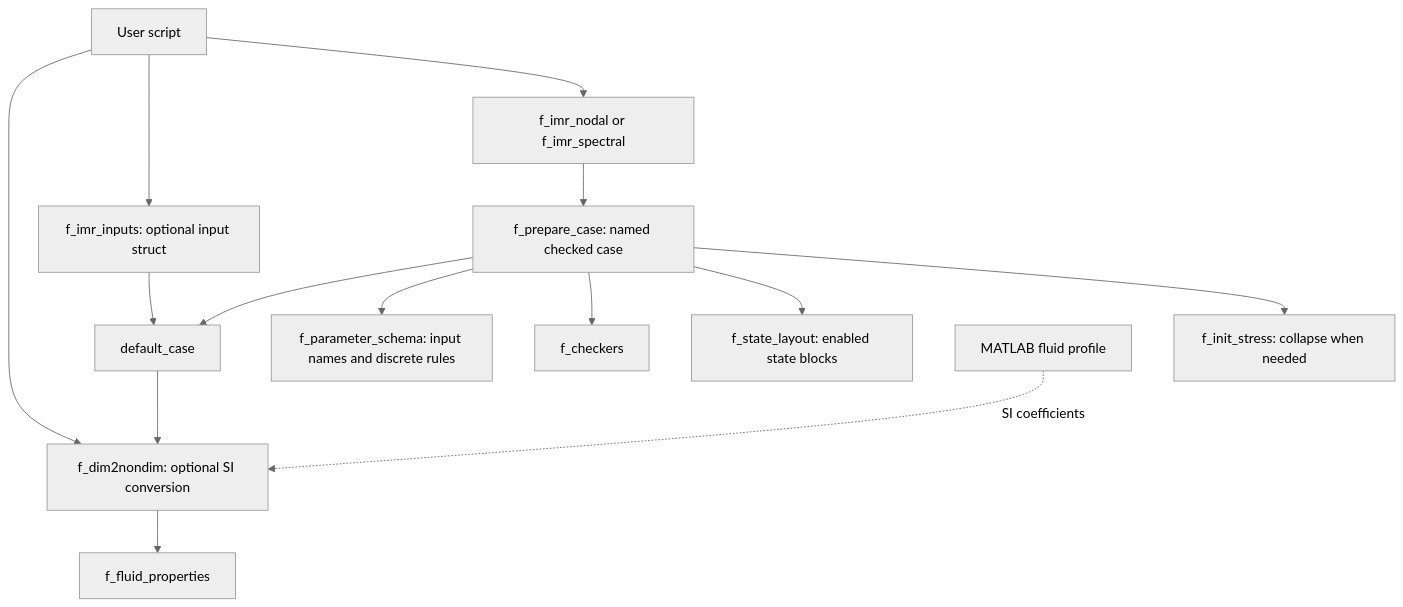
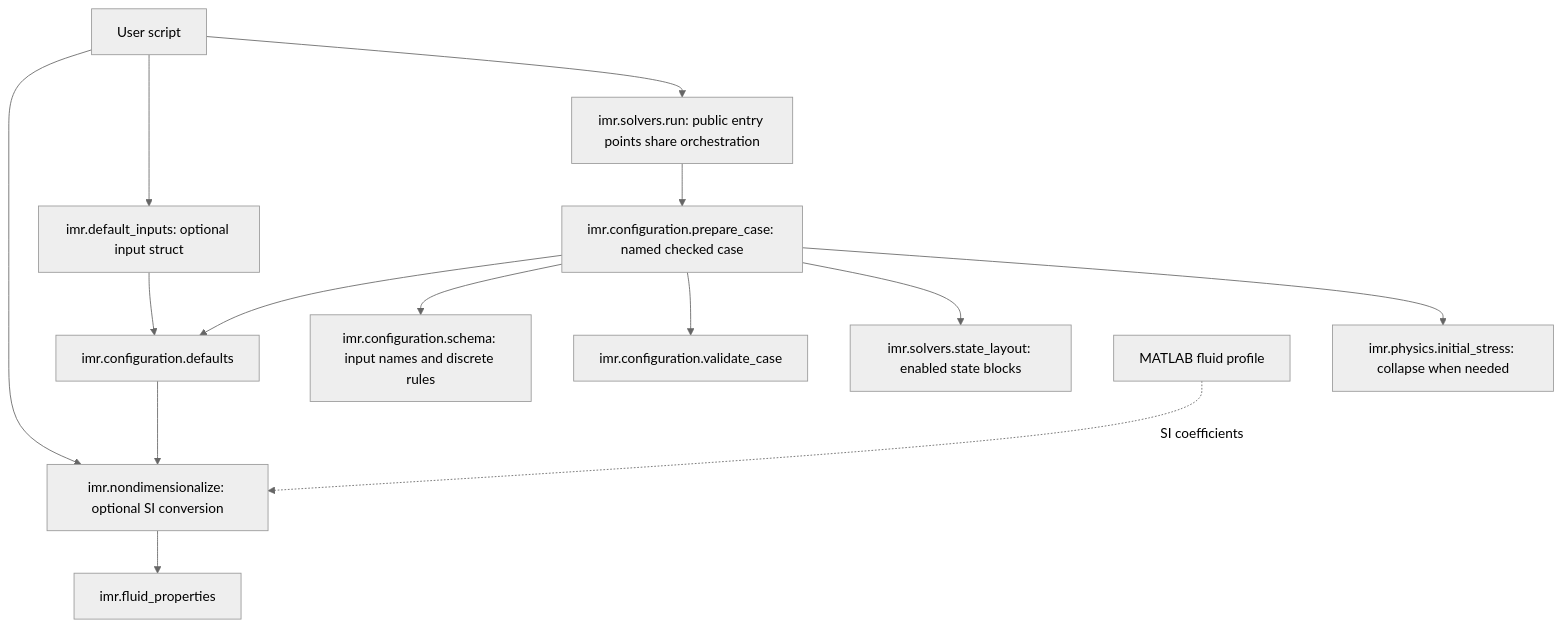
One commit to ComputationalFlowGroup/IMRv2 changed the second of 3 diagrams in docs/reference/code-map.md. Above: the diagram before and after it, drawn with Mermaid (neutral theme). The commit also changed other lines of this file and 67 other files, not shown here.

````diff
--- a/docs/reference/code-map.md
+++ b/docs/reference/code-map.md
@@ -25,16 +25,16 @@
 ```mermaid
 flowchart TD
-  User[User script] --> SI[f_dim2nondim: optional SI conversion]
-  User --> Public[f_imr_inputs: optional input struct]
-  User --> Solver[f_imr_nodal or f_imr_spectral]
-  Public --> Defaults[default_case]
-  Solver --> Parser[f_prepare_case: named checked case]
+  User[User script] --> SI[imr.nondimensionalize: optional SI conversion]
+  User --> Public[imr.default_inputs: optional input struct]
+  User --> Solver[imr.solvers.run: public entry points share orchestration]
+  Public --> Defaults[imr.configuration.defaults]
+  Solver --> Parser[imr.configuration.prepare_case: named checked case]
   Parser --> Defaults
-  Parser --> Schema[f_parameter_schema: input names and discrete rules]
-  Parser --> Check[f_checkers]
-  Parser --> Layout[f_state_layout: enabled state blocks]
-  Parser --> Init[f_init_stress: collapse when needed]
+  Parser --> Schema[imr.configuration.schema: input names and discrete rules]
+  Parser --> Check[imr.configuration.validate_case]
+  Parser --> Layout[imr.solvers.state_layout: enabled state blocks]
+  Parser --> Init[imr.physics.initial_stress: collapse when needed]
   Defaults --> SI
   Profile[MATLAB fluid profile] -. SI coefficients .-> SI
-  SI --> Properties[f_fluid_properties]
+  SI --> Properties[imr.fluid_properties]
 ```
````
